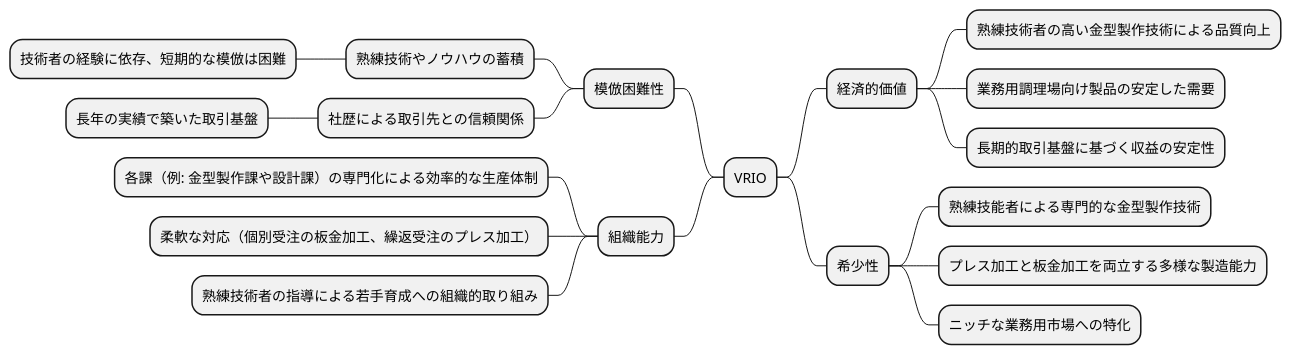
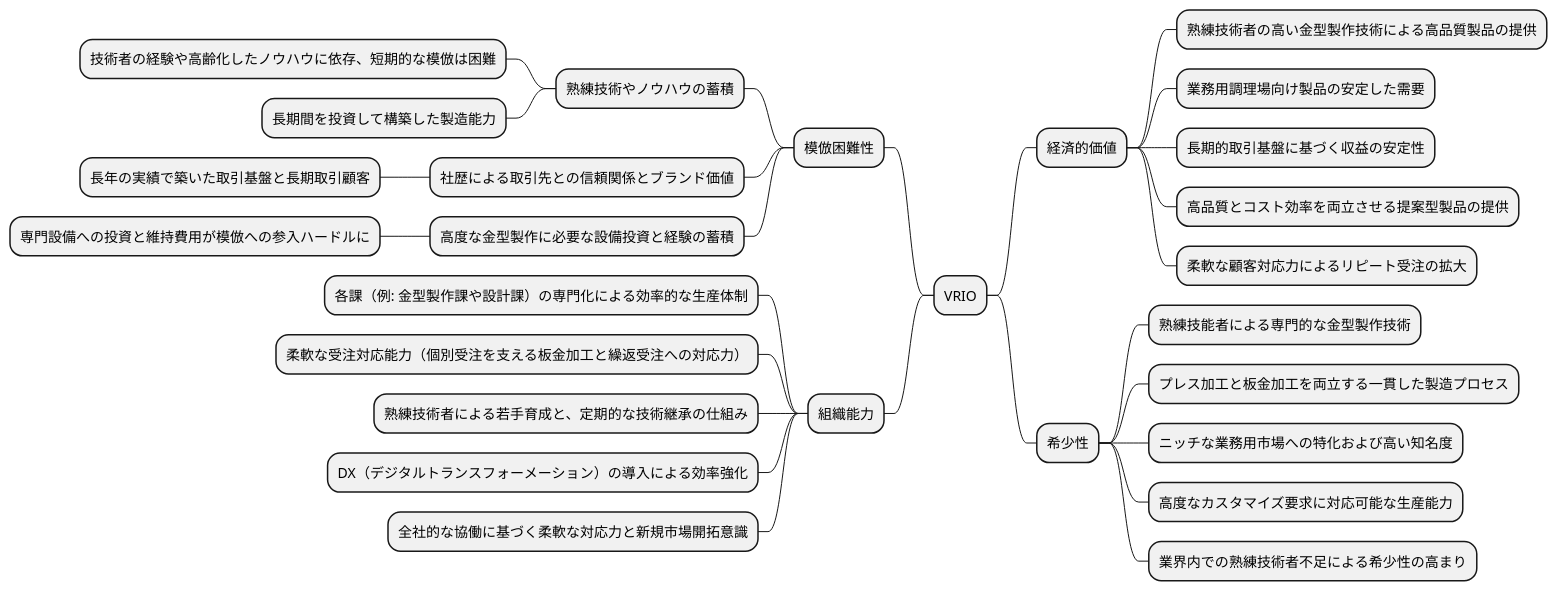
One commit to k2works/case-study-business-analysis changed the fourth of 19 diagrams in docs/case/r04_case_3.adoc. Above: the diagram before and after it, drawn with PlantUML. The commit also changed other lines of this file, not shown here.

```diff
--- a/docs/case/r04_case_3.adoc
+++ b/docs/case/r04_case_3.adoc
@@ -181,26 +196,35 @@
 [plantuml]
 ----
 @startmindmap
 
 * VRIO
 ** 経済的価値
-*** 熟練技術者の高い金型製作技術による品質向上
+*** 熟練技術者の高い金型製作技術による高品質製品の提供
 *** 業務用調理場向け製品の安定した需要
 *** 長期的取引基盤に基づく収益の安定性
+*** 高品質とコスト効率を両立させる提案型製品の提供
+*** 柔軟な顧客対応力によるリピート受注の拡大
 ** 希少性
 *** 熟練技能者による専門的な金型製作技術
-*** プレス加工と板金加工を両立する多様な製造能力
-*** ニッチな業務用市場への特化
+*** プレス加工と板金加工を両立する一貫した製造プロセス
+*** ニッチな業務用市場への特化および高い知名度
+*** 高度なカスタマイズ要求に対応可能な生産能力
+*** 業界内での熟練技術者不足による希少性の高まり
 left side
 ** 模倣困難性
 *** 熟練技術やノウハウの蓄積
-**** 技術者の経験に依存、短期的な模倣は困難
-*** 社歴による取引先との信頼関係
-**** 長年の実績で築いた取引基盤
+**** 技術者の経験や高齢化したノウハウに依存、短期的な模倣は困難
+**** 長期間を投資して構築した製造能力
+*** 社歴による取引先との信頼関係とブランド価値
+**** 長年の実績で築いた取引基盤と長期取引顧客
+*** 高度な金型製作に必要な設備投資と経験の蓄積
+**** 専門設備への投資と維持費用が模倣への参入ハードルに
 ** 組織能力
 *** 各課（例: 金型製作課や設計課）の専門化による効率的な生産体制
-*** 柔軟な対応（個別受注の板金加工、繰返受注のプレス加工）
-*** 熟練技術者の指導による若手育成への組織的取り組み
+*** 柔軟な受注対応能力（個別受注を支える板金加工と繰返受注への対応力）
+*** 熟練技術者による若手育成と、定期的な技術継承の仕組み
+*** DX（デジタルトランスフォーメーション）の導入による効率強化
+*** 全社的な協働に基づく柔軟な対応力と新規市場開拓意識
 
 @endmindmap
 ----
```
